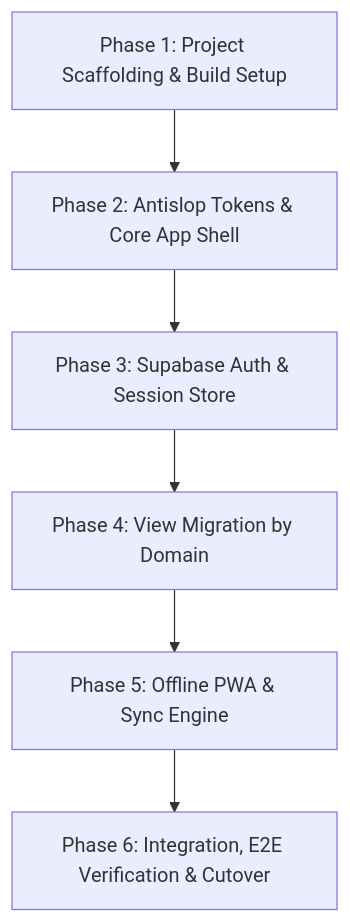
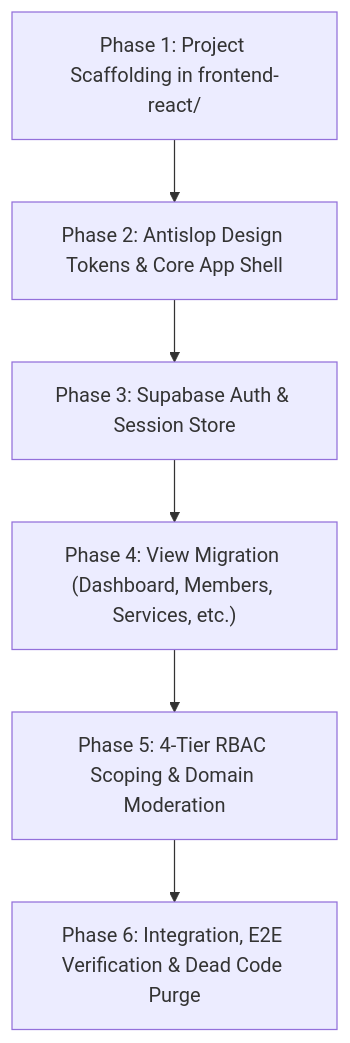
One commit to migzdndd/MFC-Youth-Area-Management-Database-System-Web changed the diagram in UPGRADE_PLAN.md. Above: the diagram before and after it, drawn with Mermaid. The commit also changed other lines of this file and 8 other files, not shown here.

Commit message:
docs: update documentation guides and add frontend React service and member pages

````diff
--- a/UPGRADE_PLAN.md
+++ b/UPGRADE_PLAN.md
@@ -78,8 +75,8 @@
 ```mermaid
 flowchart TD
-    P1["Phase 1: Project Scaffolding & Build Setup"] --> P2["Phase 2: Antislop Tokens & Core App Shell"]
+    P1["Phase 1: Project Scaffolding in frontend-react/"] --> P2["Phase 2: Antislop Design Tokens & Core App Shell"]
     P2 --> P3["Phase 3: Supabase Auth & Session Store"]
-    P3 --> P4["Phase 4: View Migration by Domain"]
-    P4 --> P5["Phase 5: Offline PWA & Sync Engine"]
-    P5 --> P6["Phase 6: Integration, E2E Verification & Cutover"]
+    P3 --> P4["Phase 4: View Migration (Dashboard, Members, Services, etc.)"]
+    P4 --> P5["Phase 5: 4-Tier RBAC Scoping & Domain Moderation"]
+    P5 --> P6["Phase 6: Integration, E2E Verification & Dead Code Purge"]
 ```
````
